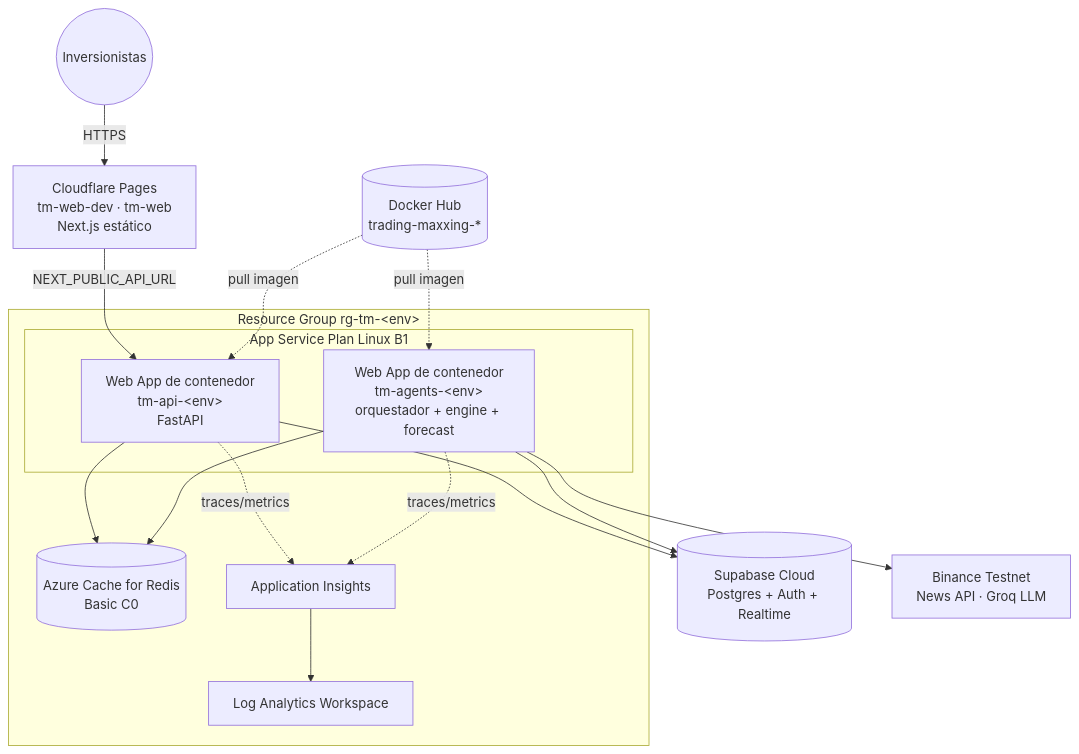
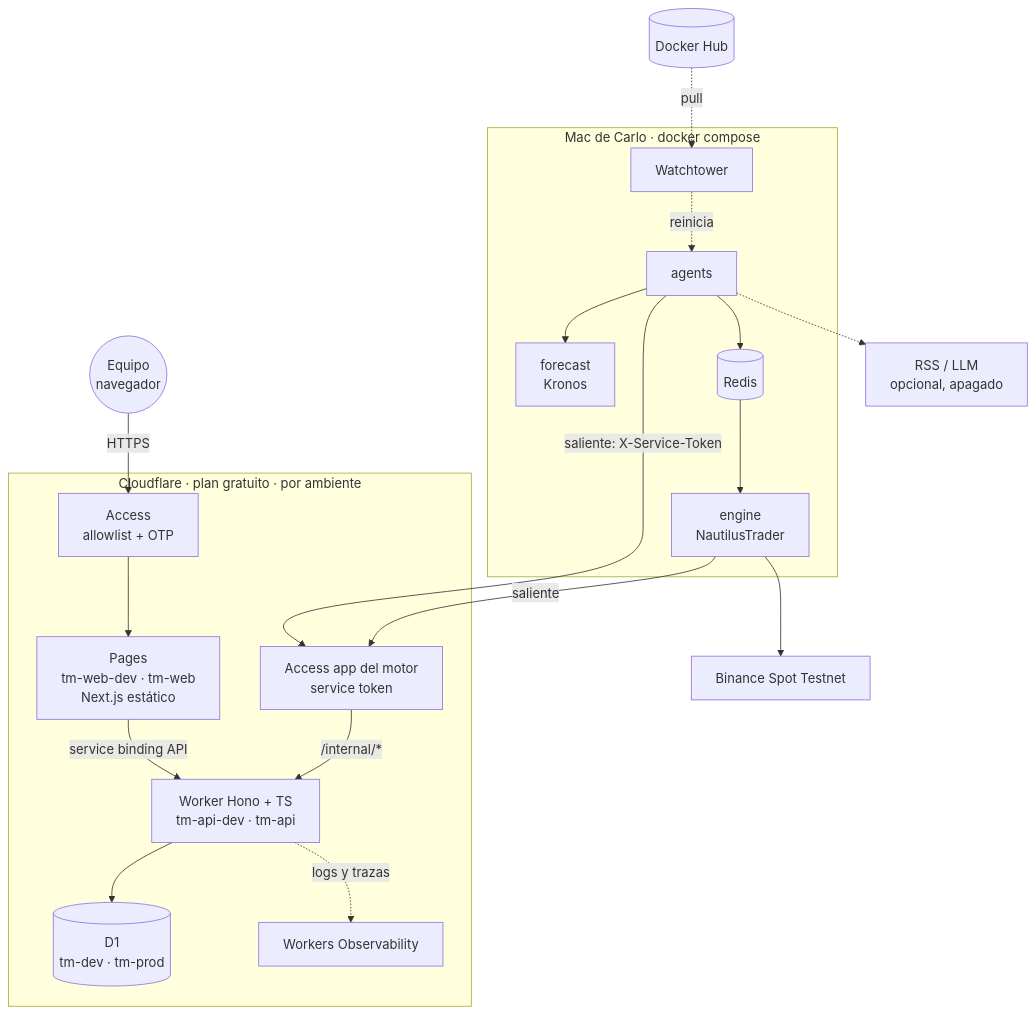
Before and after one commit to CarloSantoro21/trading_maxxing: the diagram in docs/wiki/Infraestructura.md, drawn with Mermaid. The commit also changed other lines of this file and 8 other files, not shown here.

First line of the commit message:
docs(wiki): actualiza la wiki y la propuesta a Cloudflare + motor en la Mac

````diff
--- a/docs/wiki/Infraestructura.md
+++ b/docs/wiki/Infraestructura.md
@@ -13,30 +17,35 @@
 ```mermaid
 flowchart TB
-  users((Inversionistas))
-  cf[Cloudflare Pages<br/>tm-web-dev · tm-web<br/>Next.js estático]
-  subgraph RG[Resource Group rg-tm-&lt;env&gt;]
-    subgraph ASP[App Service Plan Linux B1]
-      api[Web App de contenedor<br/>tm-api-&lt;env&gt;<br/>FastAPI]
-      agents[Web App de contenedor<br/>tm-agents-&lt;env&gt;<br/>orquestador + engine + forecast]
-    end
-    redis[(Azure Cache for Redis<br/>Basic C0)]
-    appi[Application Insights]
-    logs[Log Analytics Workspace]
+  users((Equipo<br/>navegador))
+  subgraph CF[Cloudflare · plan gratuito · por ambiente]
+    access[Access<br/>allowlist + OTP]
+    pages[Pages<br/>tm-web-dev · tm-web<br/>Next.js estático]
+    worker[Worker Hono + TS<br/>tm-api-dev · tm-api]
+    d1[(D1<br/>tm-dev · tm-prod)]
+    obs[Workers Observability]
+    svc[Access app del motor<br/>service token]
   end
-  hub[(Docker Hub<br/>trading-maxxing-*)]
-  supa[(Supabase Cloud<br/>Postgres + Auth + Realtime)]
-  ext[Binance Testnet<br/>News API · Groq LLM]
+  subgraph MAC[Mac de Carlo · docker compose]
+    agents[agents]
+    engine[engine<br/>NautilusTrader]
+    forecast[forecast<br/>Kronos]
+    redis[(Redis)]
+    wt[Watchtower]
+  end
+  hub[(Docker Hub)]
+  binance[Binance Spot Testnet]
+  llm[RSS / LLM<br/>opcional, apagado]
 
-  users -->|HTTPS| cf
-  cf -->|NEXT_PUBLIC_API_URL| api
-  api --> supa
-  api --> redis
-  agents --> redis
-  agents --> ext
-  agents --> supa
-  api -.traces/metrics.-> appi
-  agents -.traces/metrics.-> appi
-  appi --> logs
-  hub -. pull imagen .-> api
-  hub -. pull imagen .-> agents
+  users -->|HTTPS| access --> pages
+  pages -->|service binding API| worker
+  worker --> d1
+  worker -.logs y trazas.-> obs
+  agents -->|saliente: X-Service-Token| svc
+  engine -->|saliente| svc
+  svc -->|/internal/*| worker
+  agents --> redis --> engine
+  agents --> forecast
+  engine --> binance
+  agents -.-> llm
+  hub -.pull.-> wt -.reinicia.-> agents
 ```
````
